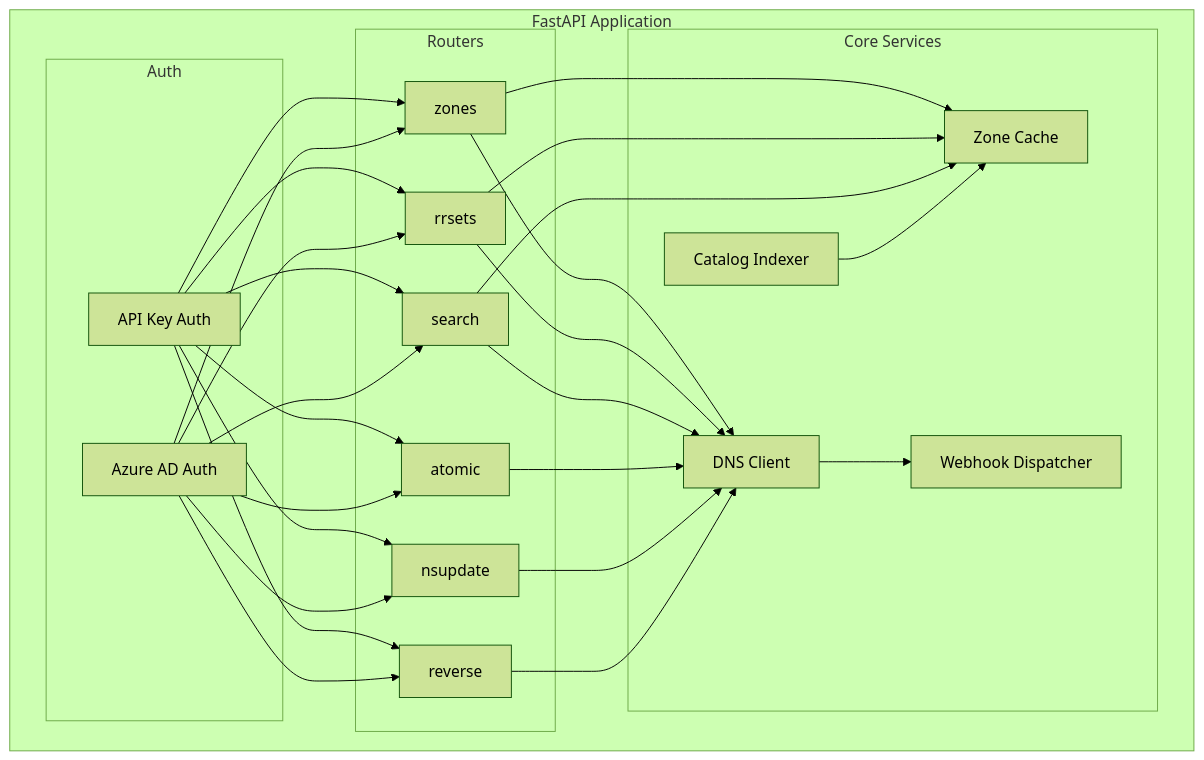
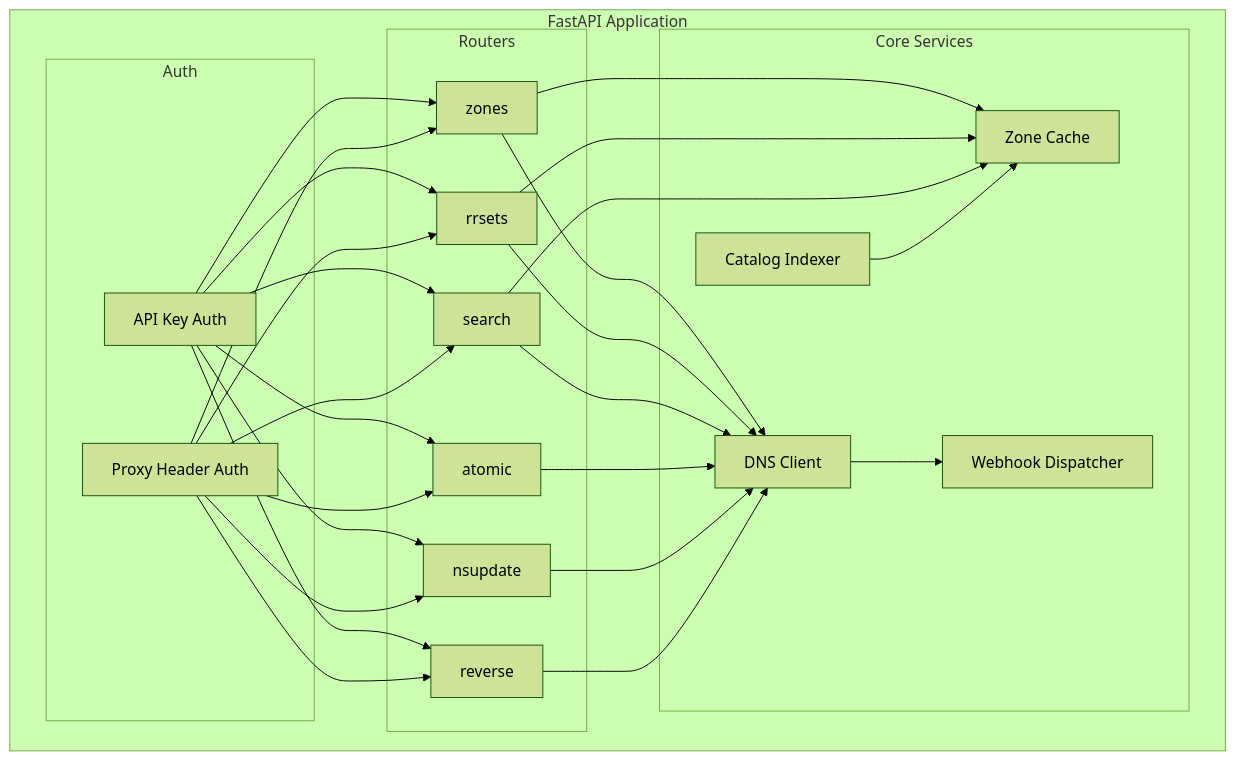
One commit to davidgroves/dns-zone-manager changed the sixth of 15 diagrams in ARCHITECTURE.md. Above: the diagram before and after it, drawn with Mermaid (forest theme). The commit also changed other lines of this file and 52 other files, not shown here.

Commit message:
Remove Azure Auth, go reverse proxy only

````diff
--- a/ARCHITECTURE.md
+++ b/ARCHITECTURE.md
@@ -275,32 +275,32 @@
 ```mermaid
 flowchart TB
     subgraph "FastAPI Application"
         subgraph "Routers"
             R1[zones]
             R2[rrsets]
             R3[search]
             R4[atomic]
             R5[nsupdate]
             R6[reverse]
         end
         
         subgraph "Core Services"
             DC[DNS Client]
             ZC[Zone Cache]
             CI[Catalog Indexer]
             WD[Webhook Dispatcher]
         end
         
         subgraph "Auth"
             AK[API Key Auth]
-            AZ[Azure AD Auth]
+            PX[Proxy Header Auth]
         end
     end
     
     R1 & R2 & R3 & R4 & R5 & R6 --> DC
     R1 & R2 & R3 --> ZC
     CI --> ZC
     DC --> WD
     
-    AK & AZ --> R1 & R2 & R3 & R4 & R5 & R6
+    AK & PX --> R1 & R2 & R3 & R4 & R5 & R6
 ```
````
